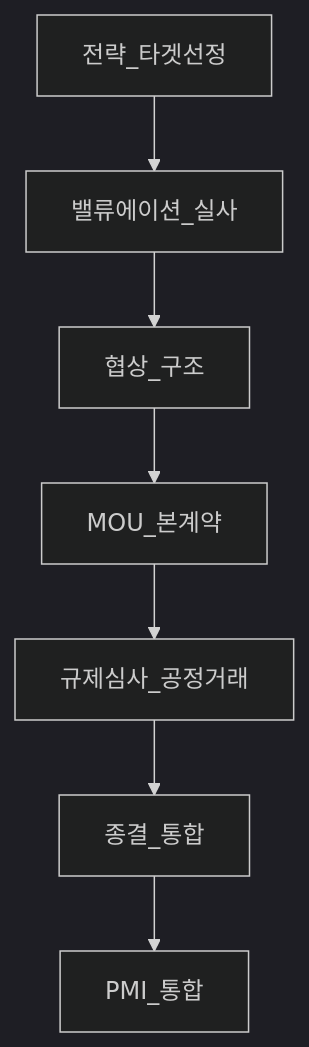
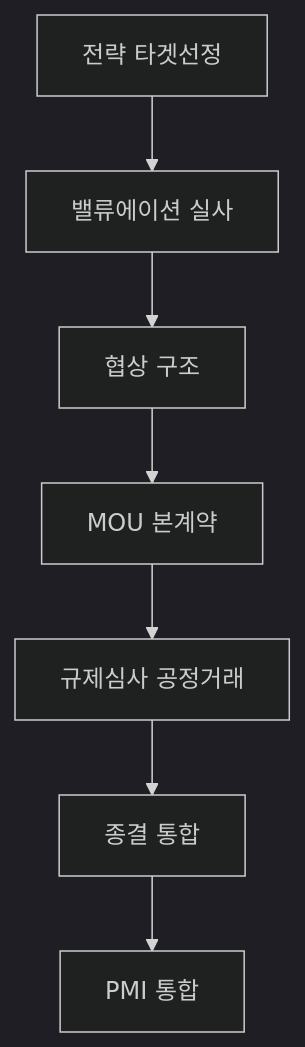
Before and after one commit to goldanghenry/Finances: the first of 5 diagrams in 09-corporate-finance/ma-basics.md, drawn with Mermaid (dark theme). The commit also changed other lines of this file and 211 other files, not shown here.

````diff
--- a/09-corporate-finance/ma-basics.md
+++ b/09-corporate-finance/ma-basics.md
@@ -120,9 +134,9 @@
 ```mermaid
 flowchart TD
-  Strat[전략_타겟선정] --> Val[밸류에이션_실사]
-  Val --> Neg[협상_구조]
-  Neg --> Sign[MOU_본계약]
-  Sign --> Reg[규제심사_공정거래]
-  Reg --> Close[종결_통합]
-  Close --> Int[PMI_통합]
+  Strat["전략 타겟선정"] --> Val["밸류에이션 실사"]
+  Val --> Neg["협상 구조"]
+  Neg --> Sign["MOU 본계약"]
+  Sign --> Reg["규제심사 공정거래"]
+  Reg --> Close["종결 통합"]
+  Close --> Int["PMI 통합"]
 ```
````
